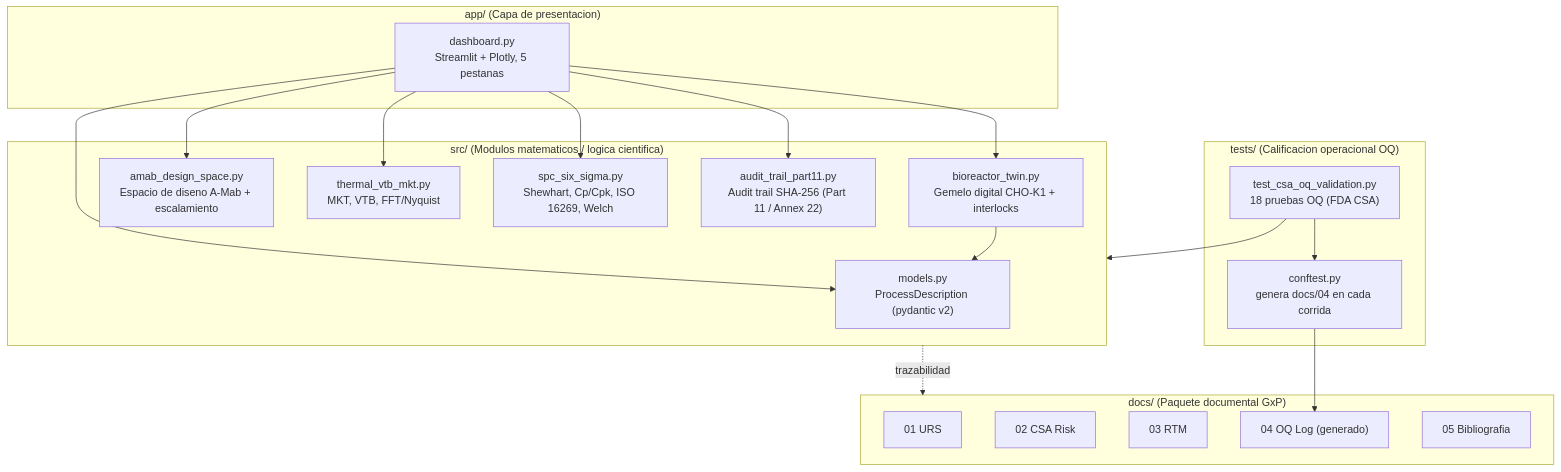
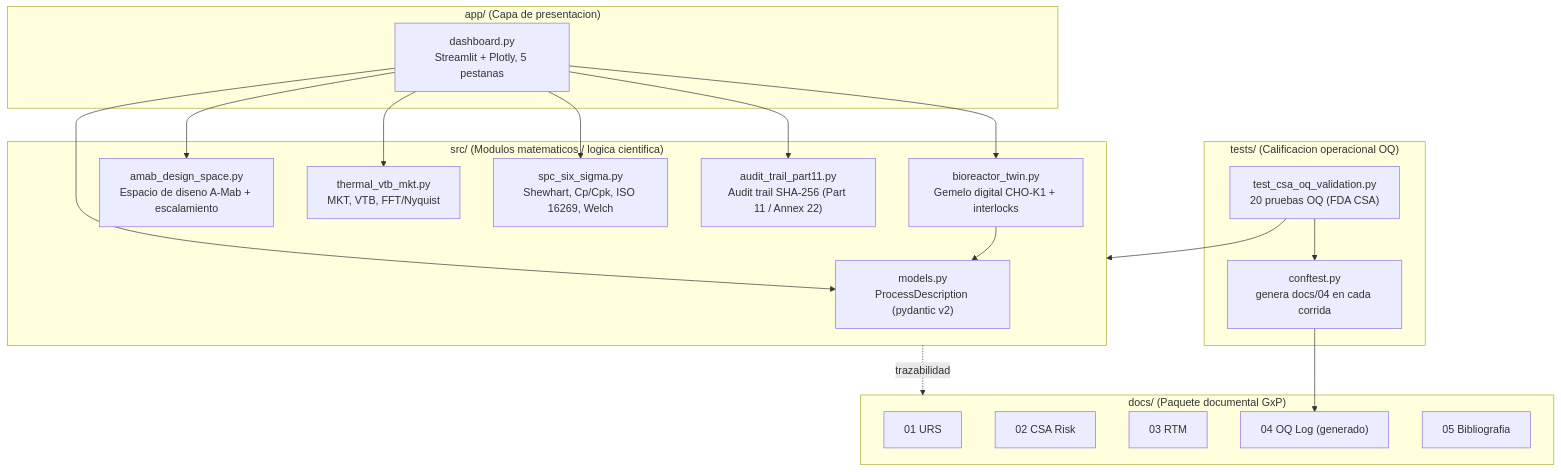
One commit to alehernann/bioprocesos-PROJECT changed the diagram in README.md. Above: the diagram before and after it, drawn with Mermaid. The commit also changed other lines of this file and 9 other files, not shown here.

````diff
--- a/README.md
+++ b/README.md
@@ -23,41 +23,41 @@
 ```mermaid
 flowchart TD
     subgraph app["app/ (Capa de presentacion)"]
         DASH["dashboard.py\nStreamlit + Plotly, 5 pestanas"]
     end
 
     subgraph src["src/ (Modulos matematicos / logica cientifica)"]
         MODELS["models.py\nProcessDescription (pydantic v2)"]
         TWIN["bioreactor_twin.py\nGemelo digital CHO-K1 + interlocks"]
         AMAB["amab_design_space.py\nEspacio de diseno A-Mab + escalamiento"]
         THERMAL["thermal_vtb_mkt.py\nMKT, VTB, FFT/Nyquist"]
         SPC["spc_six_sigma.py\nShewhart, Cp/Cpk, ISO 16269, Welch"]
         AUDIT["audit_trail_part11.py\nAudit trail SHA-256 (Part 11 / Annex 22)"]
     end
 
     subgraph tests["tests/ (Calificacion operacional OQ)"]
         CONF["conftest.py\ngenera docs/04 en cada corrida"]
-        TOQ["test_csa_oq_validation.py\n18 pruebas OQ (FDA CSA)"]
+        TOQ["test_csa_oq_validation.py\n20 pruebas OQ (FDA CSA)"]
     end
 
     subgraph docs["docs/ (Paquete documental GxP)"]
         D1["01 URS"]
         D2["02 CSA Risk"]
         D3["03 RTM"]
         D4["04 OQ Log (generado)"]
         D5["05 Bibliografia"]
     end
 
     DASH --> MODELS
     DASH --> TWIN
     DASH --> AMAB
     DASH --> THERMAL
     DASH --> SPC
     DASH --> AUDIT
 
     TWIN --> MODELS
     TOQ --> src
     CONF --> D4
     TOQ --> CONF
     src -. trazabilidad .-> docs
 ```
````
